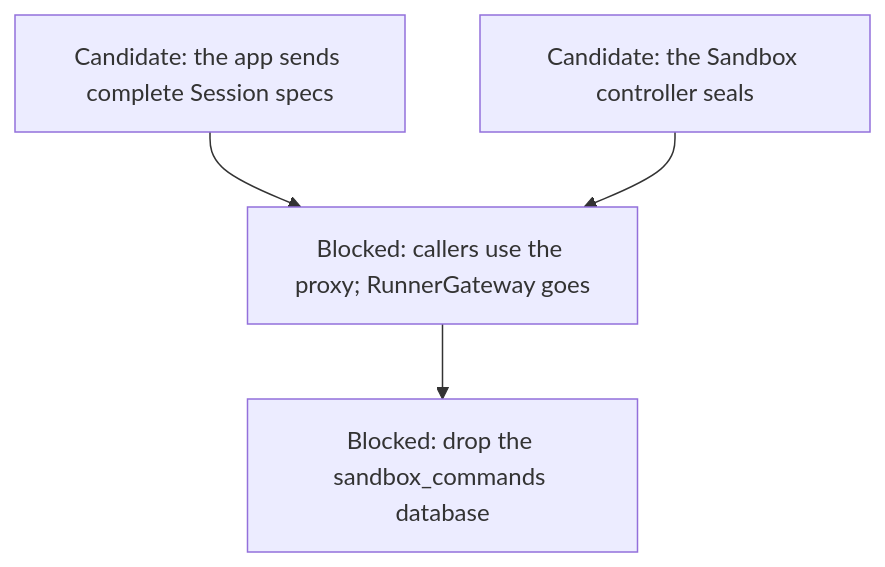
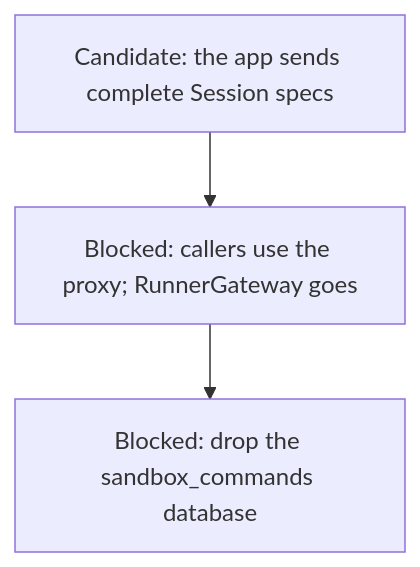
Diagram 15 of 15 in agentplane/plans/task_dag.md (agentydragon/ducktape), drawn with Mermaid before and after one commit. The commit also changed other lines of this file and 29 other files, not shown here.

First line of the commit message:
agentplane: the Sandbox Controller seals deleting Sandboxes

````diff
--- a/agentplane/plans/task_dag.md
+++ b/agentplane/plans/task_dag.md
@@ -870,10 +870,8 @@
 ```mermaid
 flowchart TD
     APP_SESSION_DEFAULTS[Candidate: the app sends complete Session specs]
-    CONTROLLER_SEALS[Candidate: the Sandbox controller seals]
     GATEWAY_WRAPPER_RETIRE[Blocked: callers use the proxy; RunnerGateway goes]
     GATEWAY_DATABASE_DROP[Blocked: drop the sandbox_commands database]
     APP_SESSION_DEFAULTS --> GATEWAY_WRAPPER_RETIRE
-    CONTROLLER_SEALS --> GATEWAY_WRAPPER_RETIRE
     GATEWAY_WRAPPER_RETIRE --> GATEWAY_DATABASE_DROP
 ```
````
